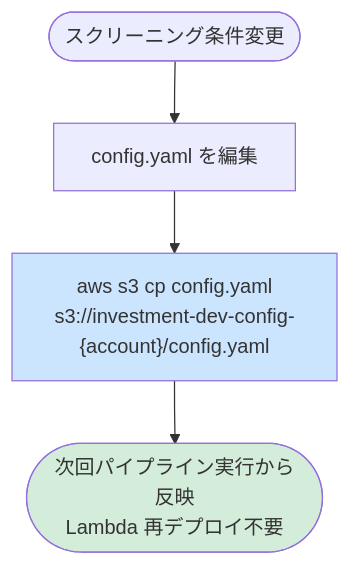
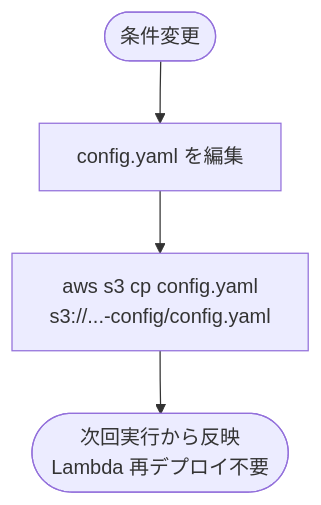
The fifth of 6 diagrams in docs/05_operations_architecture.md (nabeo-git/investment), drawn with Mermaid before and after one commit. The commit also changed other lines of this file, not shown here.

First line of the commit message:
docs: Mermaid図を縦長レイアウトに修正（横並び最大5ボックス）

````diff
--- a/docs/05_operations_architecture.md
+++ b/docs/05_operations_architecture.md
@@ -165,9 +123,6 @@
 ```mermaid
 flowchart TD
-    A([スクリーニング条件変更]) --> B["config.yaml を編集"]
-    B --> C["aws s3 cp config.yaml\ns3://investment-dev-config-{account}/config.yaml"]
-    C --> D([次回パイプライン実行から反映\nLambda 再デプロイ不要])
-
-    style C fill:#cce5ff
-    style D fill:#d4edda
+    A([条件変更]) --> B["config.yaml を編集"]
+    B --> C["aws s3 cp config.yaml\ns3://...-config/config.yaml"]
+    C --> D([次回実行から反映\nLambda 再デプロイ不要])
 ```
````
